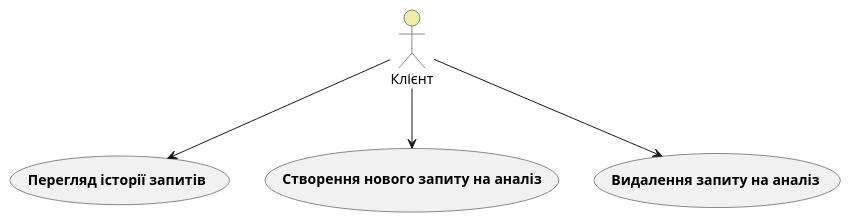
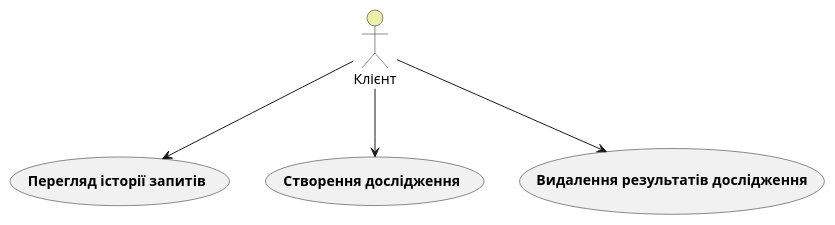
Before and after one commit to kpi-wolves/edu_db_labs: the fourth of 12 diagrams in docs/use cases/README.md, drawn with PlantUML. The commit also changed other lines of this file, not shown here.

```diff
--- a/docs/use cases/README.md
+++ b/docs/use cases/README.md
@@ -97,11 +97,11 @@
 @startuml
     actor "Клієнт" as User #eeeeaa
     
     usecase "<b>Перегляд історії запитів</b>" as VIEW_HISTORY
-    usecase "<b>Створення нового запиту на аналіз</b>" as MAKE_REQUEST
-    usecase "<b>Видалення запиту на аналіз</b>" as DELETE_REQUEST
+    usecase "<b>Створення дослідження</b>" as MAKE_RESEARCH
+    usecase "<b>Видалення результатів дослідження</b>" as DELETE_RESEARCH
     
     User --> VIEW_HISTORY   
-    User --> MAKE_REQUEST
-    User --> DELETE_REQUEST
+    User --> MAKE_RESEARCH
+    User --> DELETE_RESEARCH
 @enduml
```
